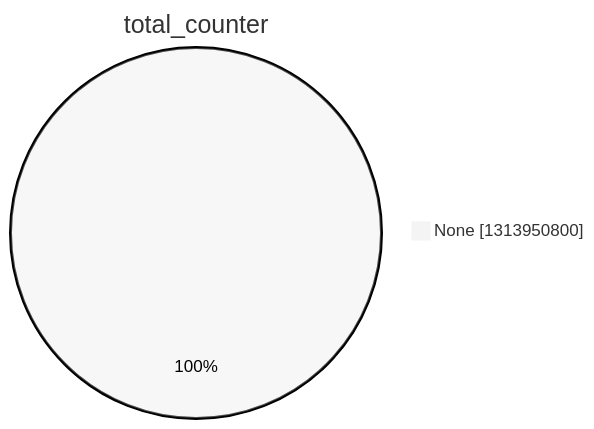
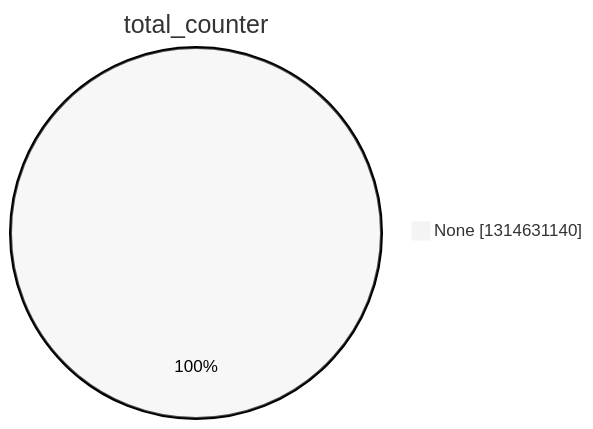
The second of 15 diagrams in argon2022/README.md (christiankrug/ctmonitor_visualization), drawn with Mermaid (neutral theme) before and after one commit. The commit also changed other lines of this file, not shown here.

````diff
--- a/argon2022/README.md
+++ b/argon2022/README.md
@@ -9,5 +9,5 @@
 ```mermaid
 pie showData
 title total_counter
-"None" :1313950800
+"None" :1314631140
 ```
````
